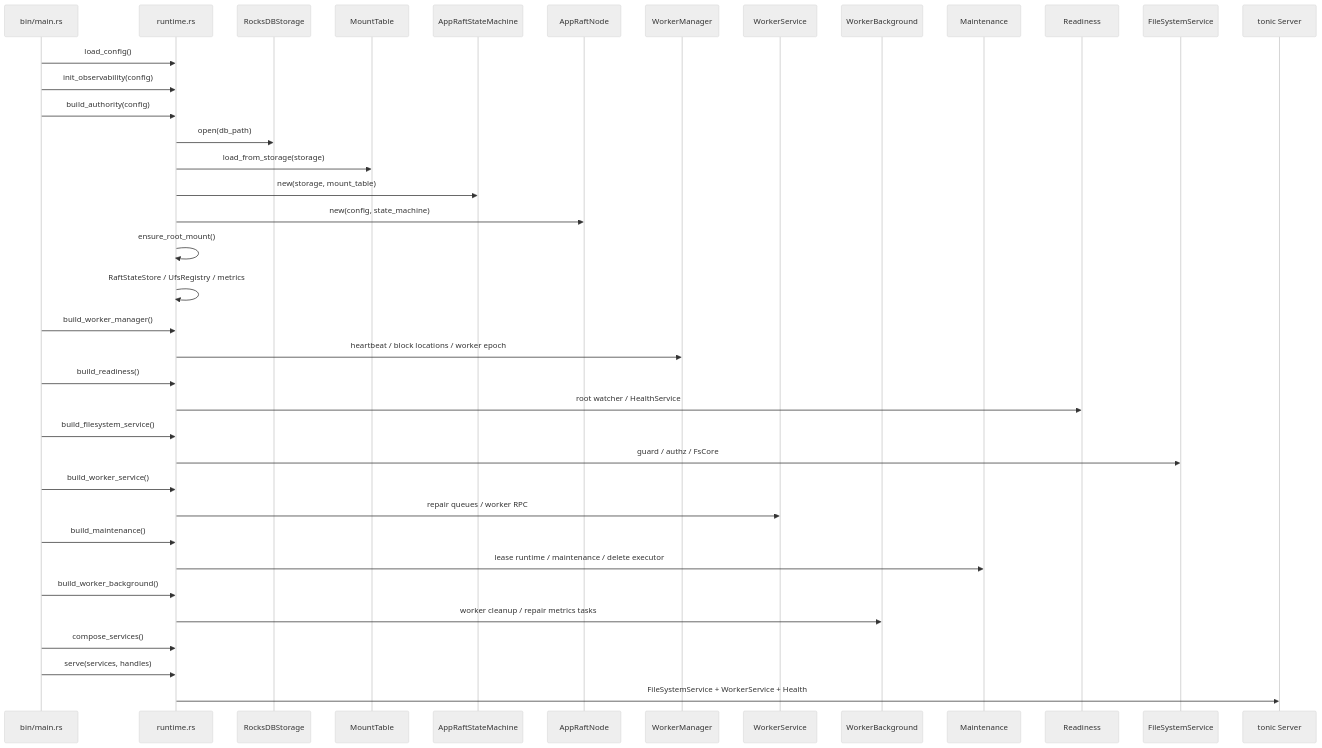
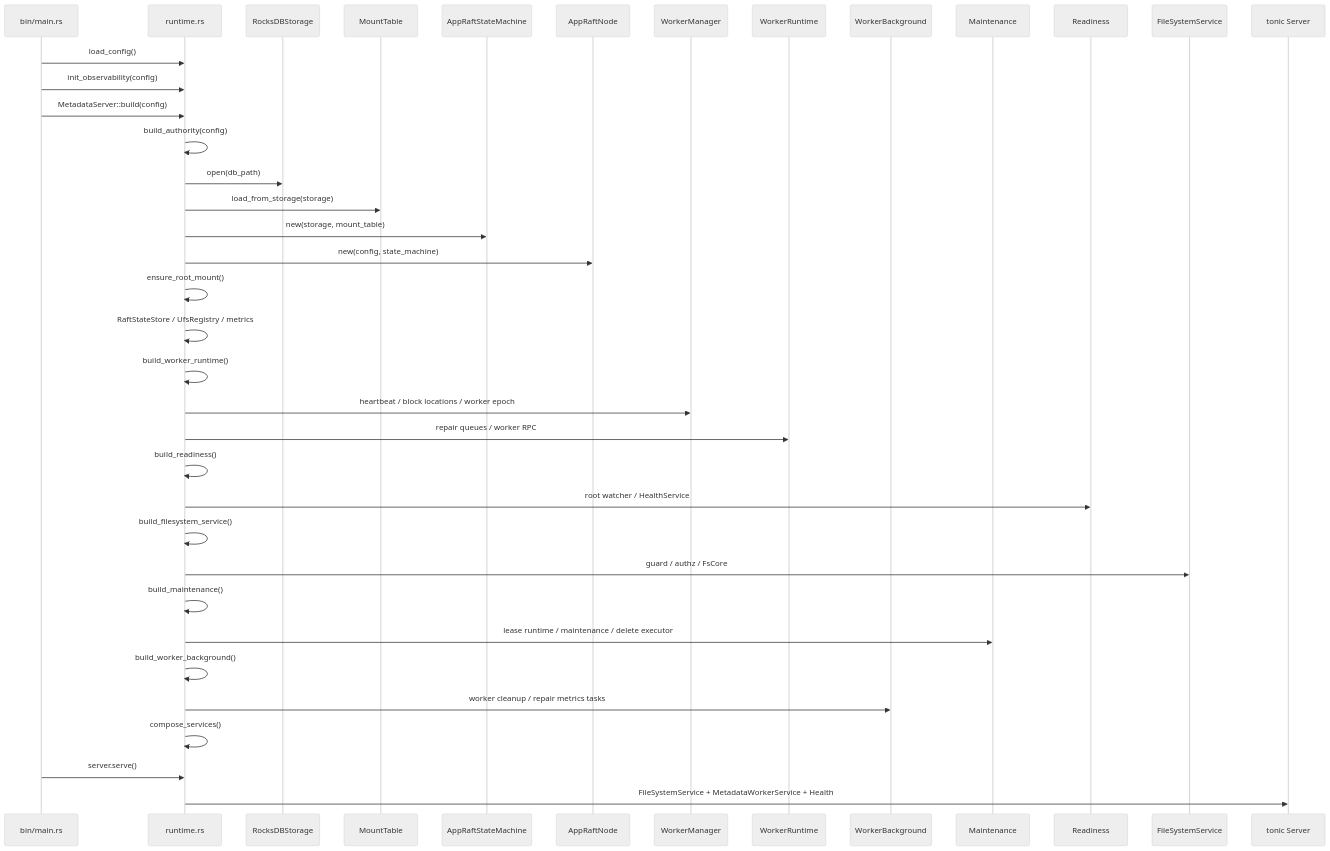
The second of 13 diagrams in metadata/README_ZH.md (zouhuajian/beryl), drawn with Mermaid (neutral theme) before and after one commit. The commit also changed other lines of this file and 6 other files, not shown here.

Commit message:
refactor(metadata): rebuild server composition and service deps

````diff
--- a/metadata/README_ZH.md
+++ b/metadata/README_ZH.md
@@ -117,41 +119,41 @@
 ```mermaid
 sequenceDiagram
     participant Main as bin/main.rs
     participant Runtime as runtime.rs
     participant Storage as RocksDBStorage
     participant Mount as MountTable
     participant SM as AppRaftStateMachine
     participant Raft as AppRaftNode
     participant WorkerMgr as WorkerManager
-    participant WorkerSvc as WorkerService
+    participant WorkerRuntime as WorkerRuntime
     participant WorkerBg as WorkerBackground
     participant Maint as Maintenance
     participant Ready as Readiness
     participant FS as FileSystemService
     participant Server as tonic Server
 
     Main->>Runtime: load_config()
     Main->>Runtime: init_observability(config)
-    Main->>Runtime: build_authority(config)
+    Main->>Runtime: MetadataServer::build(config)
+    Runtime->>Runtime: build_authority(config)
     Runtime->>Storage: open(db_path)
     Runtime->>Mount: load_from_storage(storage)
     Runtime->>SM: new(storage, mount_table)
     Runtime->>Raft: new(config, state_machine)
     Runtime->>Runtime: ensure_root_mount()
     Runtime->>Runtime: RaftStateStore / UfsRegistry / metrics
-    Main->>Runtime: build_worker_manager()
+    Runtime->>Runtime: build_worker_runtime()
     Runtime->>WorkerMgr: heartbeat / block locations / worker epoch
-    Main->>Runtime: build_readiness()
+    Runtime->>WorkerRuntime: repair queues / worker RPC
+    Runtime->>Runtime: build_readiness()
     Runtime->>Ready: root watcher / HealthService
-    Main->>Runtime: build_filesystem_service()
+    Runtime->>Runtime: build_filesystem_service()
     Runtime->>FS: guard / authz / FsCore
-    Main->>Runtime: build_worker_service()
-    Runtime->>WorkerSvc: repair queues / worker RPC
-    Main->>Runtime: build_maintenance()
+    Runtime->>Runtime: build_maintenance()
     Runtime->>Maint: lease runtime / maintenance / delete executor
-    Main->>Runtime: build_worker_background()
+    Runtime->>Runtime: build_worker_background()
     Runtime->>WorkerBg: worker cleanup / repair metrics tasks
-    Main->>Runtime: compose_services()
-    Main->>Runtime: serve(services, handles)
-    Runtime->>Server: FileSystemService + WorkerService + Health
+    Runtime->>Runtime: compose_services()
+    Main->>Runtime: server.serve()
+    Runtime->>Server: FileSystemService + MetadataWorkerService + Health
 ```
````
